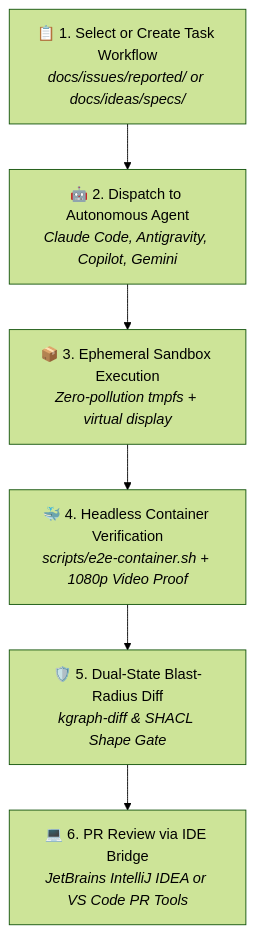
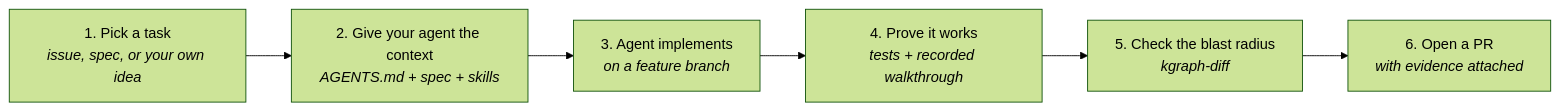
One commit to nddipiazza/robos changed the diagram in CONTRIBUTING.md. Above: the diagram before and after it, drawn with Mermaid (forest theme). The commit also changed other lines of this file and 3 other files, not shown here.

````diff
--- a/CONTRIBUTING.md
+++ b/CONTRIBUTING.md
@@ -28,8 +70,8 @@
 ```mermaid
-flowchart TD
-    A["📋 1. Select or Create Task Workflow<br/><i>docs/issues/reported/ or docs/ideas/specs/</i>"] --> B["🤖 2. Dispatch to Autonomous Agent<br/><i>Claude Code, Antigravity, Copilot, Gemini</i>"]
-    B --> C["📦 3. Ephemeral Sandbox Execution<br/><i>Zero-pollution tmpfs + virtual display</i>"]
-    C --> D["🐳 4. Headless Container Verification<br/><i>scripts/e2e-container.sh + 1080p Video Proof</i>"]
-    D --> E["🛡️ 5. Dual-State Blast-Radius Diff<br/><i>kgraph-diff & SHACL Shape Gate</i>"]
-    E --> F["💻 6. PR Review via IDE Bridge<br/><i>JetBrains IntelliJ IDEA or VS Code PR Tools</i>"]
+flowchart LR
+    A["1. Pick a task<br/><i>issue, spec, or your own idea</i>"] --> B["2. Give your agent the context<br/><i>AGENTS.md + spec + skills</i>"]
+    B --> C["3. Agent implements<br/><i>on a feature branch</i>"]
+    C --> D["4. Prove it works<br/><i>tests + recorded walkthrough</i>"]
+    D --> E["5. Check the blast radius<br/><i>kgraph-diff</i>"]
+    E --> F["6. Open a PR<br/><i>with evidence attached</i>"]
 ```
````
